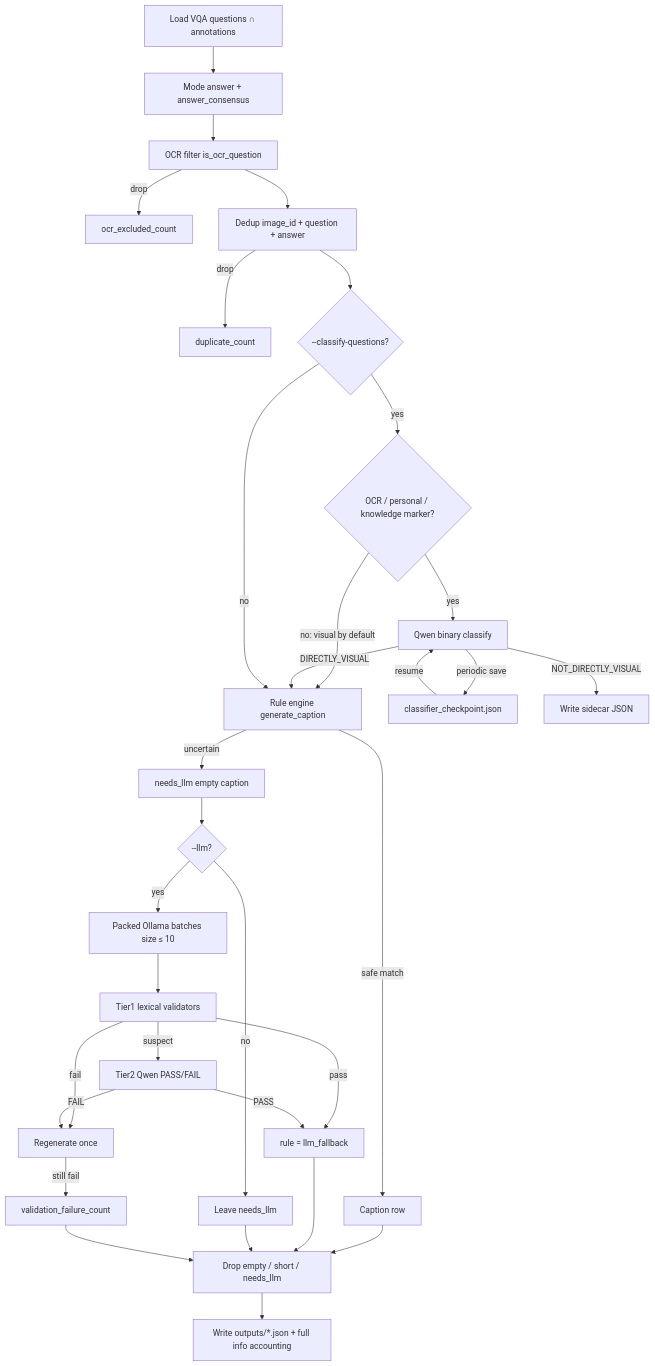
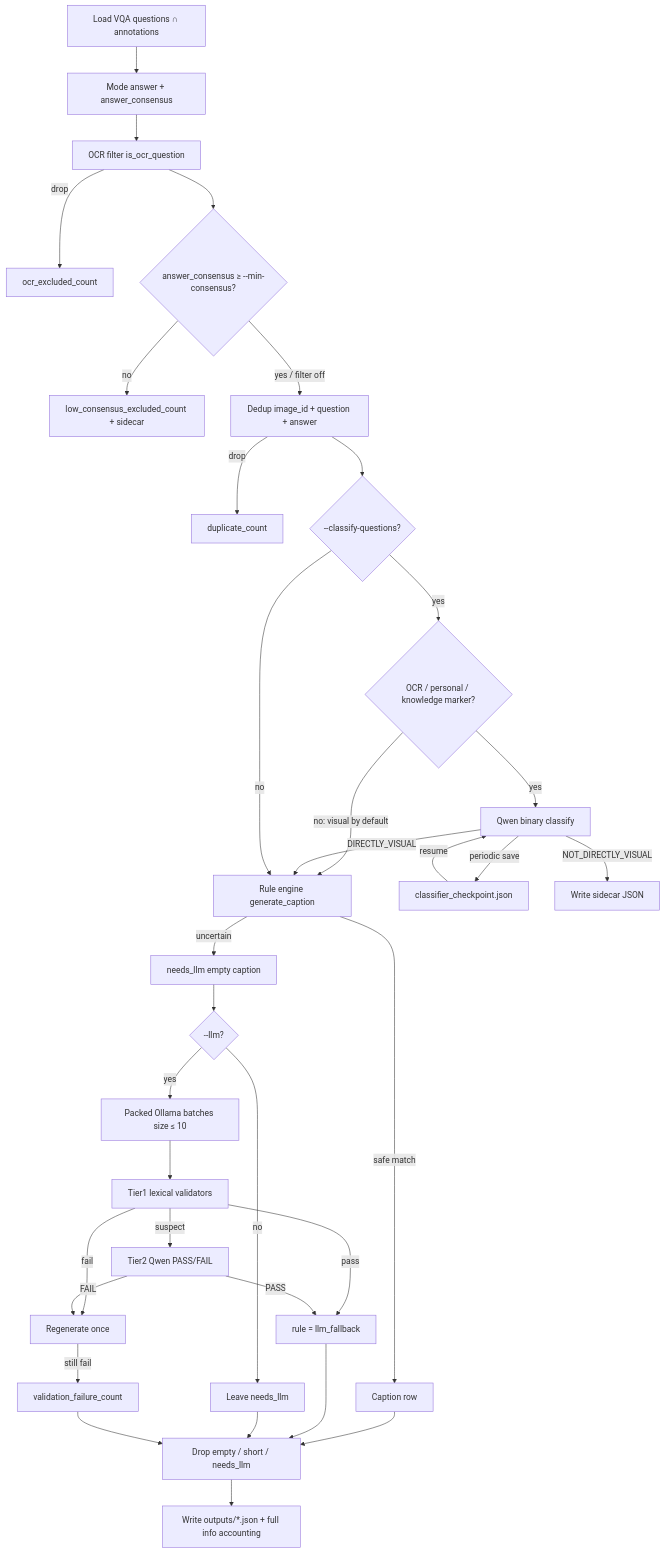
One commit to MahdiRuzmeh/ImageCaptioningImprovedVisualQuestionAnswering changed the third of 6 diagrams in QuestionDependentCaptionGenerator/architecture/architecture.en.md. Above: the diagram before and after it, drawn with Mermaid. The commit also changed other lines of this file and 4 other files, not shown here.

````diff
--- a/QuestionDependentCaptionGenerator/architecture/architecture.en.md
+++ b/QuestionDependentCaptionGenerator/architecture/architecture.en.md
@@ -92,34 +92,36 @@
 ```mermaid
 flowchart TD
   load[Load VQA questions ∩ annotations] --> mode[Mode answer + answer_consensus]
   mode --> ocr[OCR filter is_ocr_question]
   ocr -->|drop| ocrDrop[ocr_excluded_count]
-  ocr --> dedup[Dedup image_id + question + answer]
+  ocr --> cons{answer_consensus ≥ --min-consensus?}
+  cons -->|no| consDrop[low_consensus_excluded_count + sidecar]
+  cons -->|yes / filter off| dedup[Dedup image_id + question + answer]
   dedup -->|drop| dupDrop[duplicate_count]
   dedup --> subjOpt{--classify-questions?}
   subjOpt -->|yes| suspect{OCR / personal / knowledge marker?}
   suspect -->|no: visual by default| rules
   suspect -->|yes| clf[Qwen binary classify]
   clf -->|periodic save| clfCkpt[classifier_checkpoint.json]
   clfCkpt -->|resume| clf
   clf -->|NOT_DIRECTLY_VISUAL| side[Write sidecar JSON]
   clf -->|DIRECTLY_VISUAL| rules
   subjOpt -->|no| rules[Rule engine generate_caption]
   rules -->|safe match| row[Caption row]
   rules -->|uncertain| needs[needs_llm empty caption]
   needs --> llmOpt{--llm?}
   llmOpt -->|yes| batch[Packed Ollama batches size ≤ 10]
   batch --> tier1[Tier1 lexical validators]
   tier1 -->|suspect| tier2[Tier2 Qwen PASS/FAIL]
   tier1 -->|fail| retry[Regenerate once]
   tier2 -->|FAIL| retry
   tier1 -->|pass| llmRow[rule = llm_fallback]
   tier2 -->|PASS| llmRow
   retry -->|still fail| dropVal[validation_failure_count]
   llmOpt -->|no| keepEmpty[Leave needs_llm]
   row --> drop
   llmRow --> drop
   keepEmpty --> drop[Drop empty / short / needs_llm]
   dropVal --> drop
   drop --> out[Write outputs/*.json + full info accounting]
 ```
````
